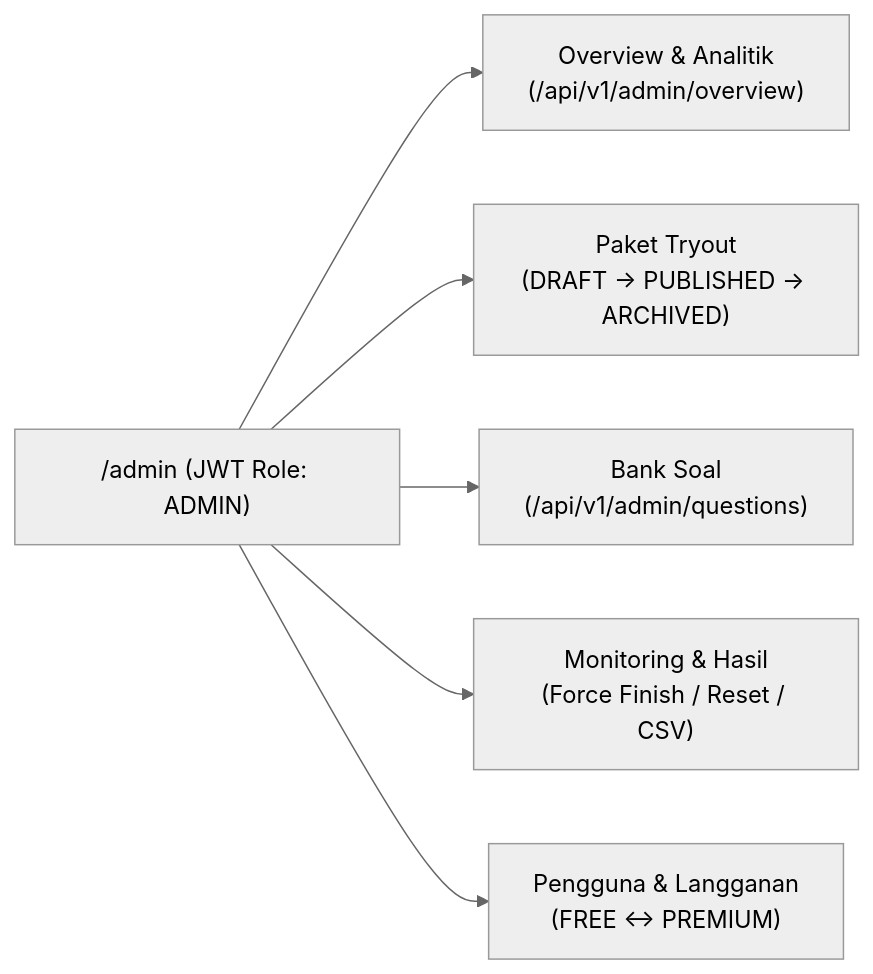
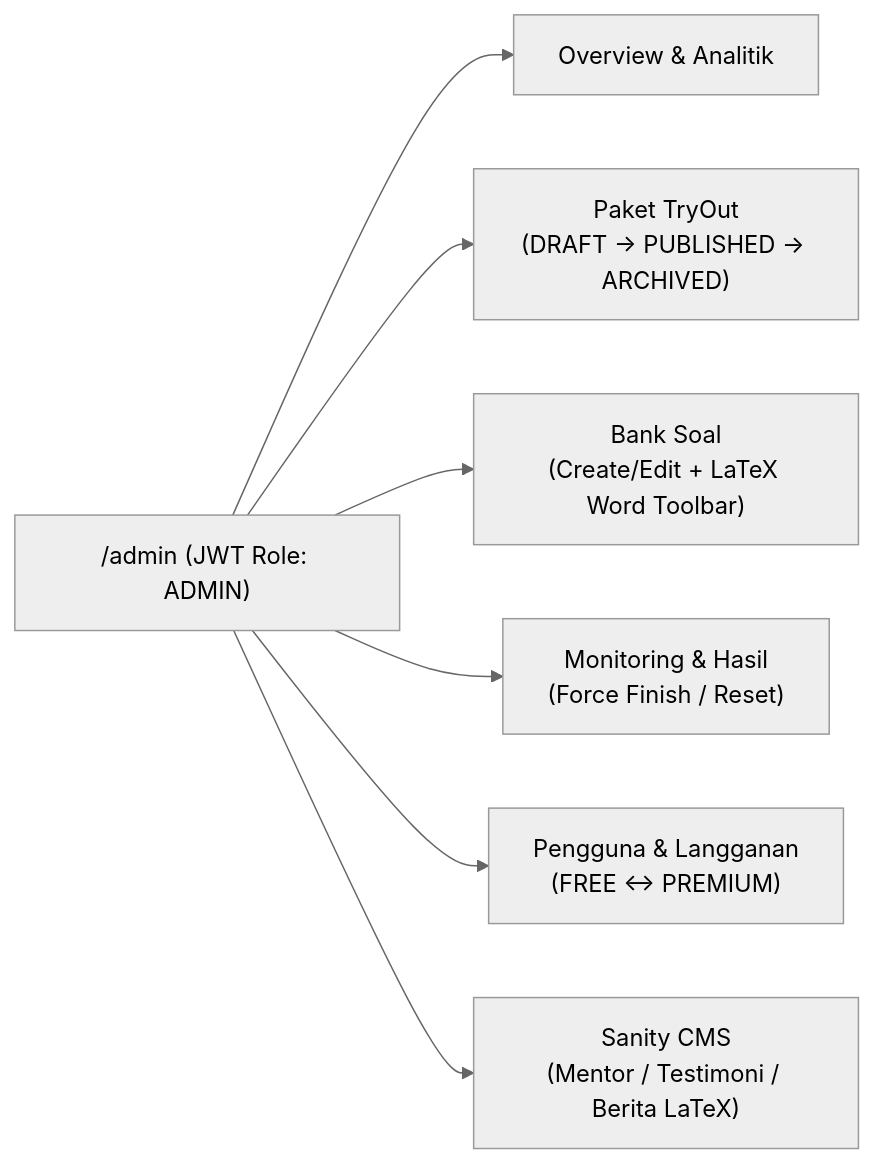
One commit to zayeenjavas/Company-Profile---Scholarify-Academy changed the second of 2 diagrams in README.md. Above: the diagram before and after it, drawn with Mermaid (neutral theme). The commit also changed other lines of this file and 1 other file, not shown here.

Commit message:
docs: upgrade PRD.md and README.md for Full TS architecture, LaTeX CRM, and clean repo

````diff
--- a/README.md
+++ b/README.md
@@ -29,8 +32,9 @@
 ```mermaid
 flowchart LR
-    Admin["/admin (JWT Role: ADMIN)"] --> Tab1["Overview & Analitik\n(/api/v1/admin/overview)"]
-    Admin --> Tab2["Paket Tryout\n(DRAFT -> PUBLISHED -> ARCHIVED)"]
-    Admin --> Tab3["Bank Soal\n(/api/v1/admin/questions)"]
-    Admin --> Tab4["Monitoring & Hasil\n(Force Finish / Reset / CSV)"]
+    Admin["/admin (JWT Role: ADMIN)"] --> Tab1["Overview & Analitik"]
+    Admin --> Tab2["Paket TryOut\n(DRAFT -> PUBLISHED -> ARCHIVED)"]
+    Admin --> Tab3["Bank Soal\n(Create/Edit + LaTeX Word Toolbar)"]
+    Admin --> Tab4["Monitoring & Hasil\n(Force Finish / Reset)"]
     Admin --> Tab5["Pengguna & Langganan\n(FREE <-> PREMIUM)"]
+    Admin --> Tab6["Sanity CMS\n(Mentor / Testimoni / Berita LaTeX)"]
 ```
````
